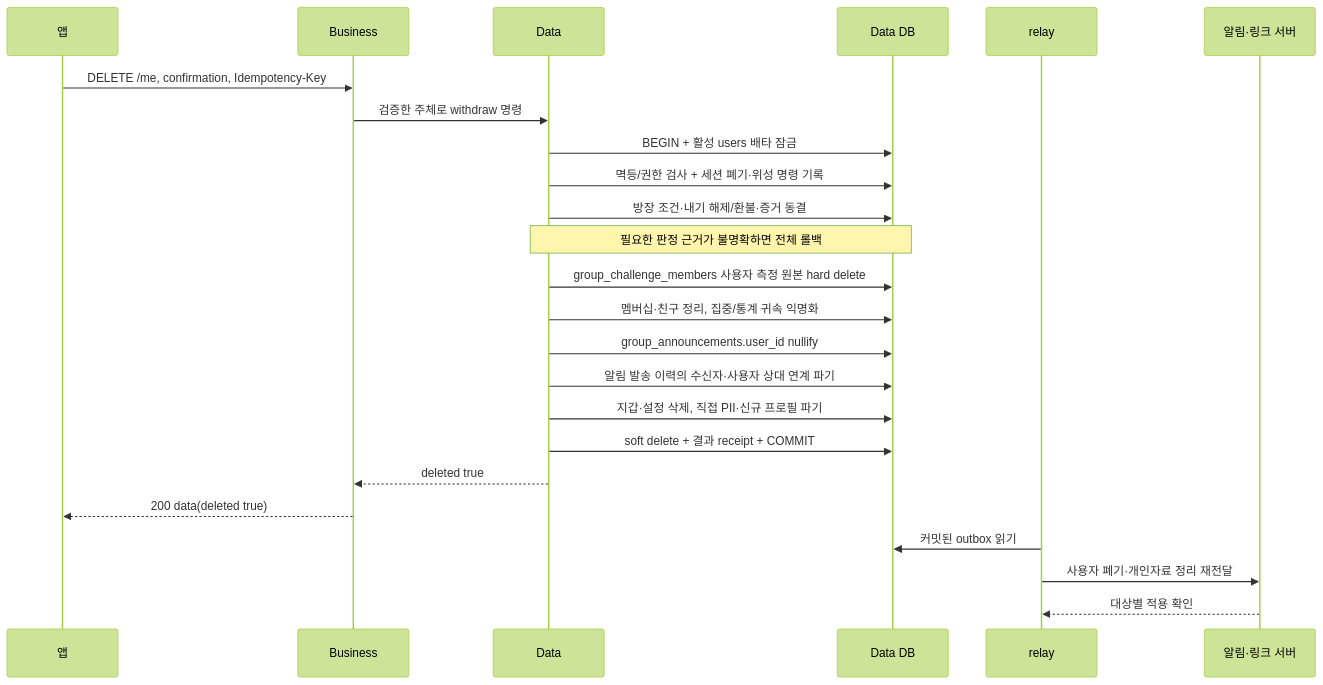
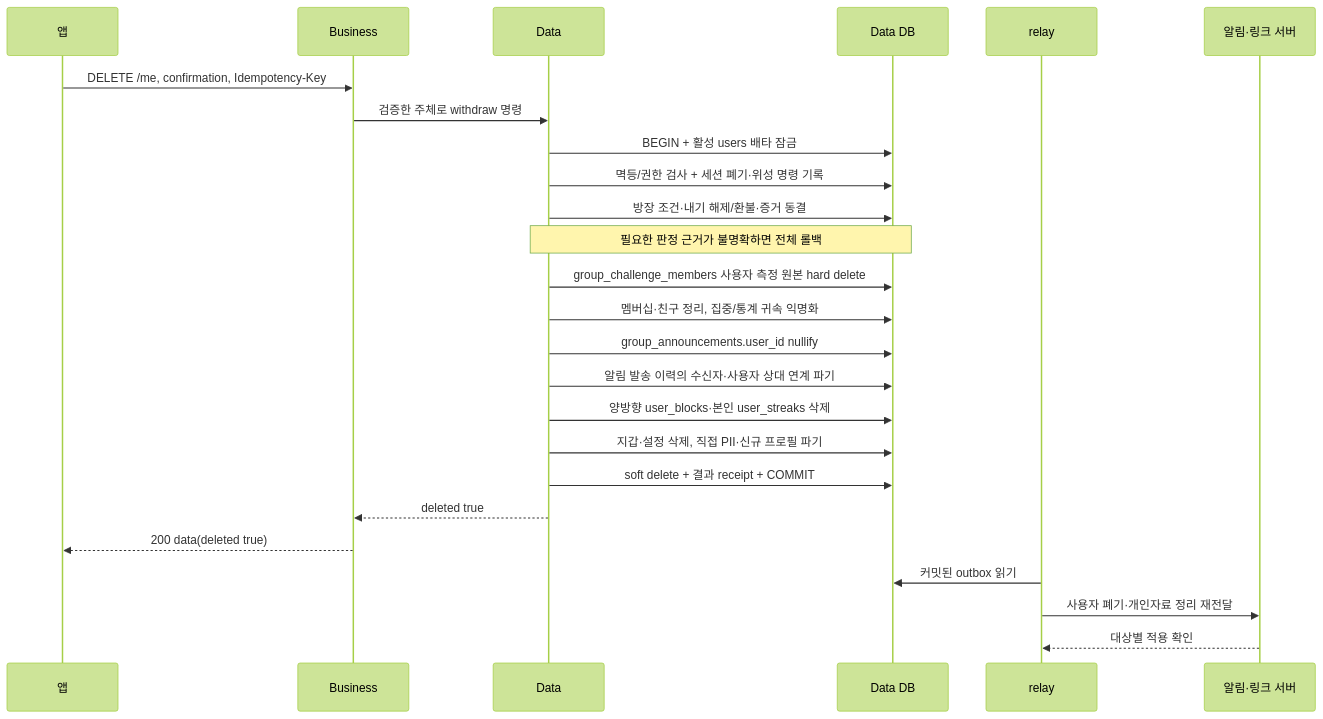
One commit to OneOrThree/phone changed the fourth of 5 diagrams in docs/prd/account/high-level-design.md. Above: the diagram before and after it, drawn with Mermaid (forest theme). The commit also changed other lines of this file and 4 other files, not shown here.

````diff
--- a/docs/prd/account/high-level-design.md
+++ b/docs/prd/account/high-level-design.md
@@ -96,26 +103,27 @@
 ```mermaid
 sequenceDiagram
     participant A as 앱
     participant B as Business
     participant D as Data
     participant DB as Data DB
     participant R as relay
     participant S as 알림·링크 서버
     A->>B: DELETE /me, confirmation, Idempotency-Key
     B->>D: 검증한 주체로 withdraw 명령
     D->>DB: BEGIN + 활성 users 배타 잠금
     D->>DB: 멱등/권한 검사 + 세션 폐기·위성 명령 기록
     D->>DB: 방장 조건·내기 해제/환불·증거 동결
     Note over D,DB: 필요한 판정 근거가 불명확하면 전체 롤백
     D->>DB: group_challenge_members 사용자 측정 원본 hard delete
     D->>DB: 멤버십·친구 정리, 집중/통계 귀속 익명화
     D->>DB: group_announcements.user_id nullify
     D->>DB: 알림 발송 이력의 수신자·사용자 상대 연계 파기
+    D->>DB: 양방향 user_blocks·본인 user_streaks 삭제
     D->>DB: 지갑·설정 삭제, 직접 PII·신규 프로필 파기
     D->>DB: soft delete + 결과 receipt + COMMIT
     D-->>B: deleted true
     B-->>A: 200 data(deleted true)
     R->>DB: 커밋된 outbox 읽기
     R->>S: 사용자 폐기·개인자료 정리 재전달
     S-->>R: 대상별 적용 확인
 ```
````
